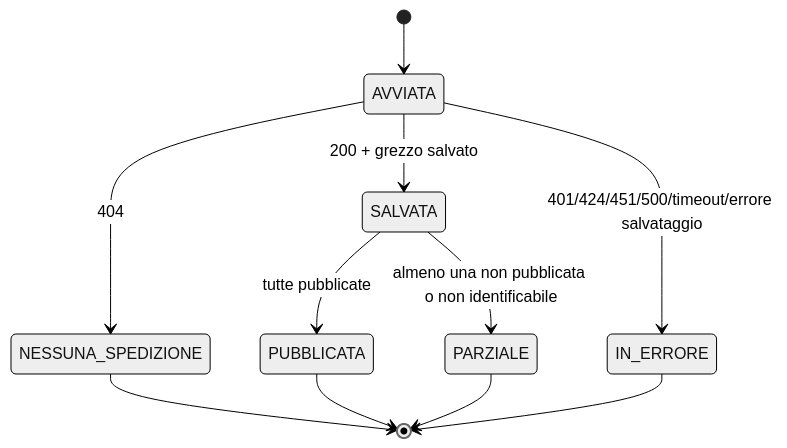
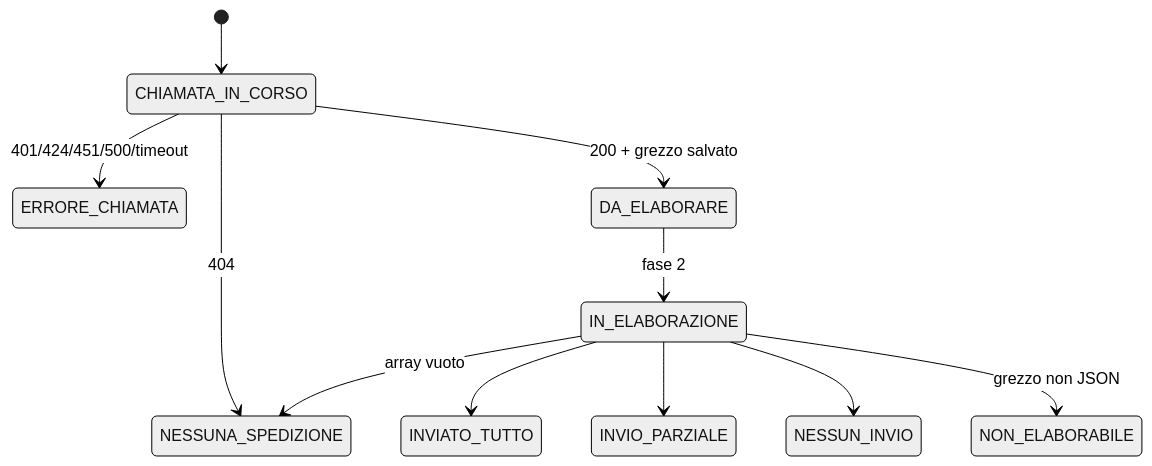
Before and after one commit to diegoMereu/sda-bmad: the third of 3 diagrams in iniziative/136596/sviluppo/ce-dichiarato-eurodis-in.md, drawn with Mermaid (neutral theme). The commit also changed other lines of this file and 4 other files, not shown here.

````diff
--- a/iniziative/136596/sviluppo/ce-dichiarato-eurodis-in.md
+++ b/iniziative/136596/sviluppo/ce-dichiarato-eurodis-in.md
@@ -280,13 +270,13 @@
 ```mermaid
 stateDiagram-v2
-    [*] --> AVVIATA
-    AVVIATA --> NESSUNA_SPEDIZIONE: 404
-    AVVIATA --> SALVATA: 200 + grezzo salvato
-    AVVIATA --> IN_ERRORE: 401/424/451/500/timeout/errore salvataggio
-    SALVATA --> PUBBLICATA: tutte pubblicate
-    SALVATA --> PARZIALE: almeno una non pubblicata o non identificabile
-    NESSUNA_SPEDIZIONE --> [*]
-    PUBBLICATA --> [*]
-    PARZIALE --> [*]
-    IN_ERRORE --> [*]
+    [*] --> CHIAMATA_IN_CORSO
+    CHIAMATA_IN_CORSO --> NESSUNA_SPEDIZIONE: 404
+    CHIAMATA_IN_CORSO --> ERRORE_CHIAMATA: 401/424/451/500/timeout
+    CHIAMATA_IN_CORSO --> DA_ELABORARE: 200 + grezzo salvato
+    DA_ELABORARE --> IN_ELABORAZIONE: fase 2
+    IN_ELABORAZIONE --> INVIATO_TUTTO
+    IN_ELABORAZIONE --> INVIO_PARZIALE
+    IN_ELABORAZIONE --> NESSUN_INVIO
+    IN_ELABORAZIONE --> NESSUNA_SPEDIZIONE: array vuoto
+    IN_ELABORAZIONE --> NON_ELABORABILE: grezzo non JSON
 ```
````
